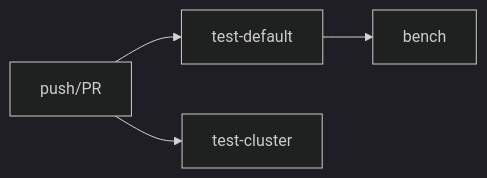
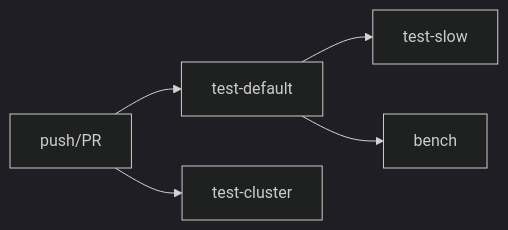
One commit to Genuineh/AiDb changed the third of 4 diagrams in .github/README.md. Above: the diagram before and after it, drawn with Mermaid (dark theme). The commit also changed other lines of this file and 6 other files, not shown here.

First line of the commit message:
docs: B1.1 回归测必带规范与 B1.4 test-slow CI job

````diff
--- a/.github/README.md
+++ b/.github/README.md
@@ -49,6 +49,7 @@
 ```mermaid
 flowchart LR
     push[push/PR] --> TD[test-default]
     push --> TC[test-cluster]
+    TD --> TSL[test-slow]
     TD --> B[bench]
 ```
````
